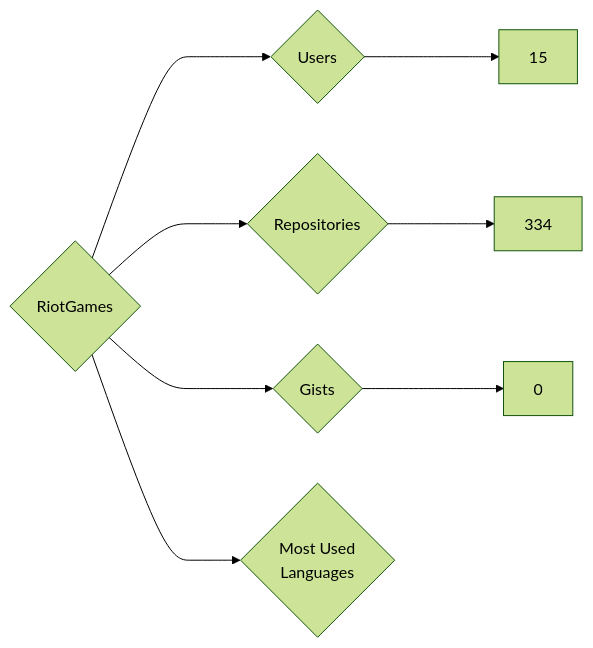
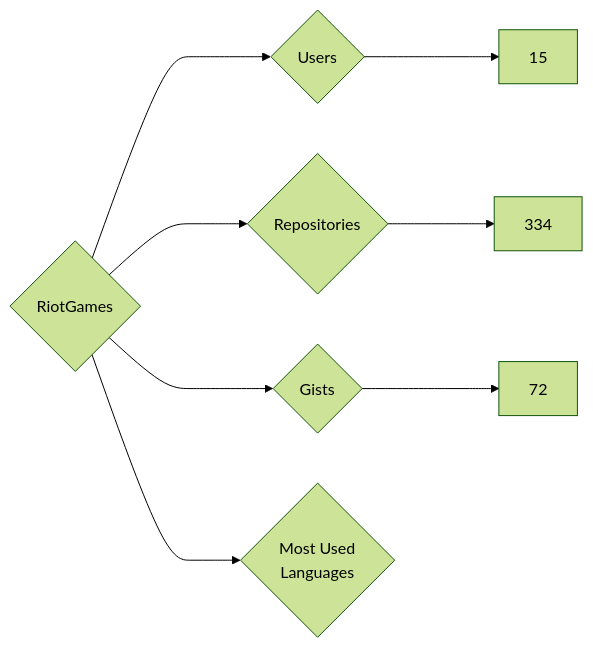
Before and after one commit to nenadzaric/insiders: the diagram in targets/RiotGames/README.md, drawn with Mermaid (forest theme). The commit also changed 1342 other files, not shown here.

````diff
--- a/targets/RiotGames/README.md
+++ b/targets/RiotGames/README.md
@@ -3,8 +3,8 @@
 ```mermaid
 graph LR
 COMPANY_NAME{RiotGames}
 COMPANY_NAME ---> U{Users} ---> UN[15]
 COMPANY_NAME ---> R{Repositories} ---> RN[334]
-COMPANY_NAME ---> G{Gists} ---> GN[0]
+COMPANY_NAME ---> G{Gists} ---> GN[72]
 COMPANY_NAME ---> ML{Most Used<br>Languages}
 ```
````
